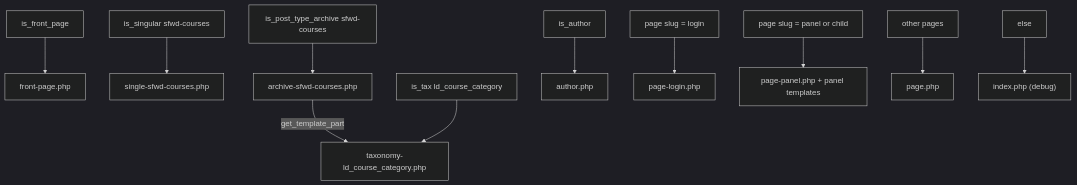
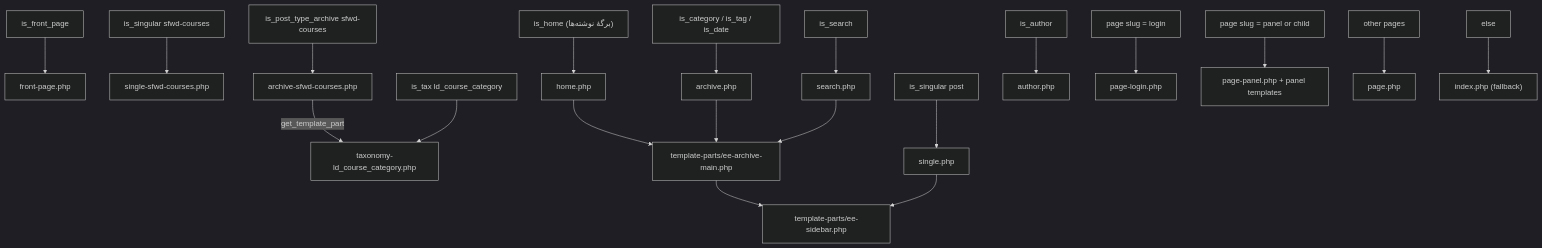
Before and after one commit to ahmad75naraghi/learndash-theme: the sixth of 7 diagrams in ARCHITECTURE.md, drawn with Mermaid (dark theme). The commit also changed other lines of this file and 23 other files, not shown here.

First line of the commit message:
feat(blog): قالب تک‌نوشته و آرشیو نوشته‌ها با پوستهٔ مشترک evented-edu

````diff
--- a/ARCHITECTURE.md
+++ b/ARCHITECTURE.md
@@ -223,13 +223,22 @@
 ```mermaid
 flowchart TD
     FRONT["is_front_page"] --> F["front-page.php"]
     SING["is_singular sfwd-courses"] --> SC["single-sfwd-courses.php"]
     ARCH["is_post_type_archive sfwd-courses"] --> AX["archive-sfwd-courses.php"]
     AX -->|get_template_part| TAX["taxonomy-ld_course_category.php"]
     TAXT["is_tax ld_course_category"] --> TAX
+    POST["is_singular post"] --> SP["single.php"]
+    BLOG["is_home (برگهٔ نوشته‌ها)"] --> HM["home.php"]
+    PARCH["is_category / is_tag / is_date"] --> AR["archive.php"]
+    SEARCH["is_search"] --> SE["search.php"]
+    HM --> AM["template-parts/ee-archive-main.php"]
+    AR --> AM
+    SE --> AM
+    AM --> SB["template-parts/ee-sidebar.php"]
+    SP --> SB
     AUTH["is_author"] --> AU["author.php"]
     LOGIN["page slug = login"] --> PL["page-login.php"]
     PANEL["page slug = panel or child"] --> PP["page-panel.php + panel templates"]
     OTHER["other pages"] --> PG["page.php"]
-    FALLBACK["else"] --> IDX["index.php (debug)"]
+    FALLBACK["else"] --> IDX["index.php (fallback)"]
 ```
````
